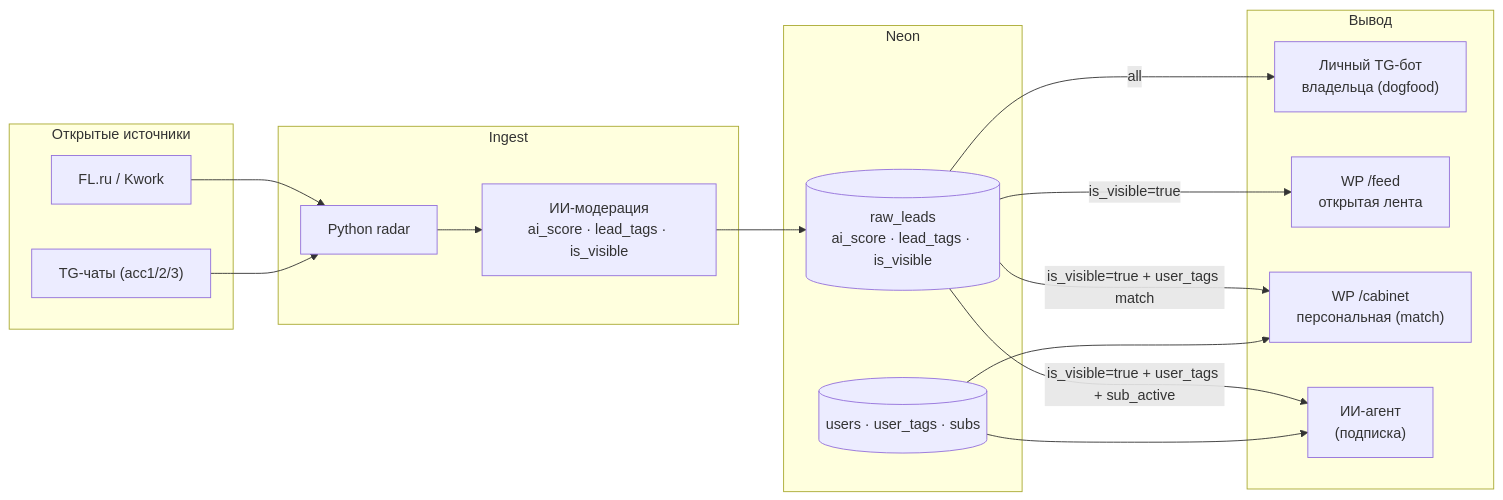
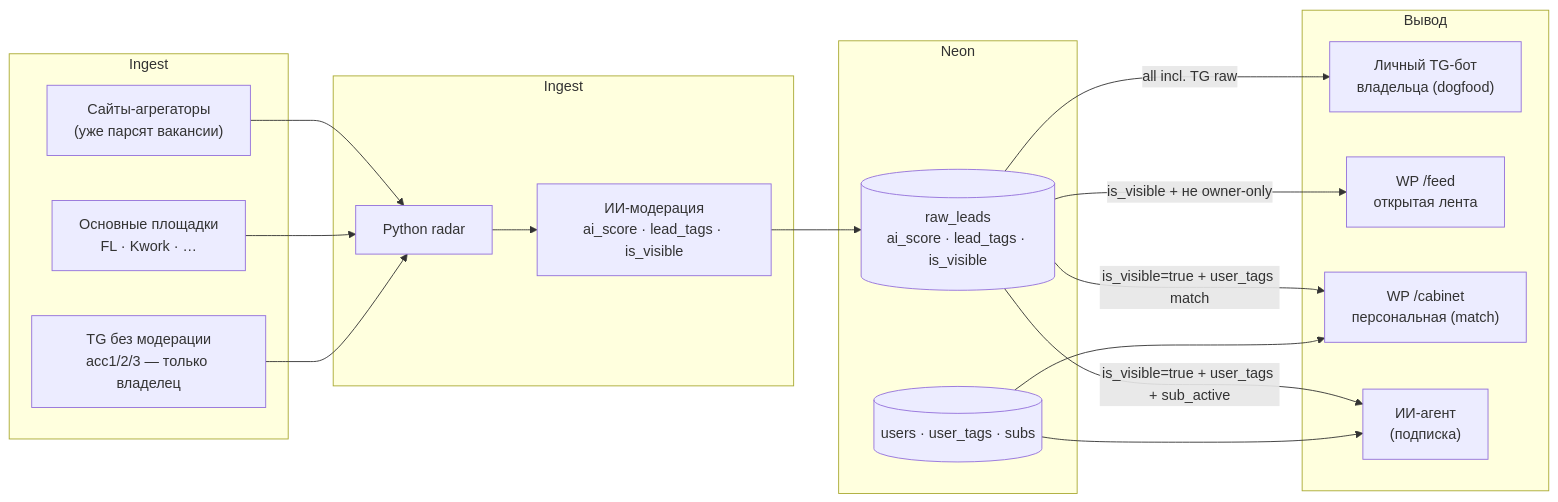
The second of 2 diagrams in docs/team/product/PRODUCT_VISION.md (Rode51/rawlead), drawn with Mermaid before and after one commit. The commit also changed other lines of this file and 36 other files, not shown here.

````diff
--- a/docs/team/product/PRODUCT_VISION.md
+++ b/docs/team/product/PRODUCT_VISION.md
@@ -137,32 +139,34 @@
 ```mermaid
 flowchart LR
-  subgraph sources["Открытые источники"]
-    FL["FL.ru / Kwork"]
-    TG["TG-чаты (acc1/2/3)"]
+  subgraph sources["Ingest"]
+    AGG["Сайты-агрегаторы\n(уже парсят вакансии)"]
+    PLAT["Основные площадки\nFL · Kwork · …"]
+    TGraw["TG без модерации\nacc1/2/3 — только владелец"]
   end
   subgraph ingest["Ingest"]
     R["Python radar"]
     AI["ИИ-модерация\nai_score · lead_tags · is_visible"]
   end
   subgraph neon["Neon"]
     L[("raw_leads\nai_score · lead_tags · is_visible")]
     U[("users · user_tags · subs")]
   end
   subgraph out["Вывод"]
     BOT["Личный TG-бот\nвладельца (dogfood)"]
     PUB["WP /feed\nоткрытая лента"]
     CAB["WP /cabinet\nперсональная (match)"]
     AGENT["ИИ-агент\n(подписка)"]
   end
 
-  FL --> R
-  TG --> R
+  AGG --> R
+  PLAT --> R
+  TGraw --> R
   R --> AI
   AI --> L
-  L -->|all| BOT
-  L -->|is_visible=true| PUB
+  L -->|all incl. TG raw| BOT
+  L -->|is_visible + не owner-only| PUB
   L -->|is_visible=true + user_tags match| CAB
   L -->|is_visible=true + user_tags + sub_active| AGENT
   U --> CAB
   U --> AGENT
 ```
````
